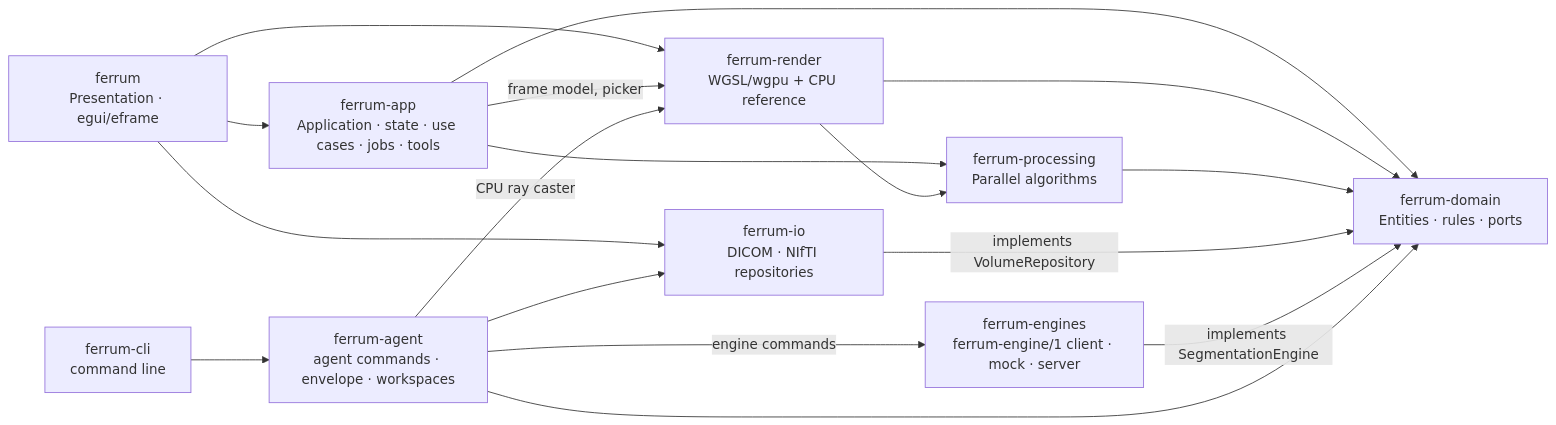
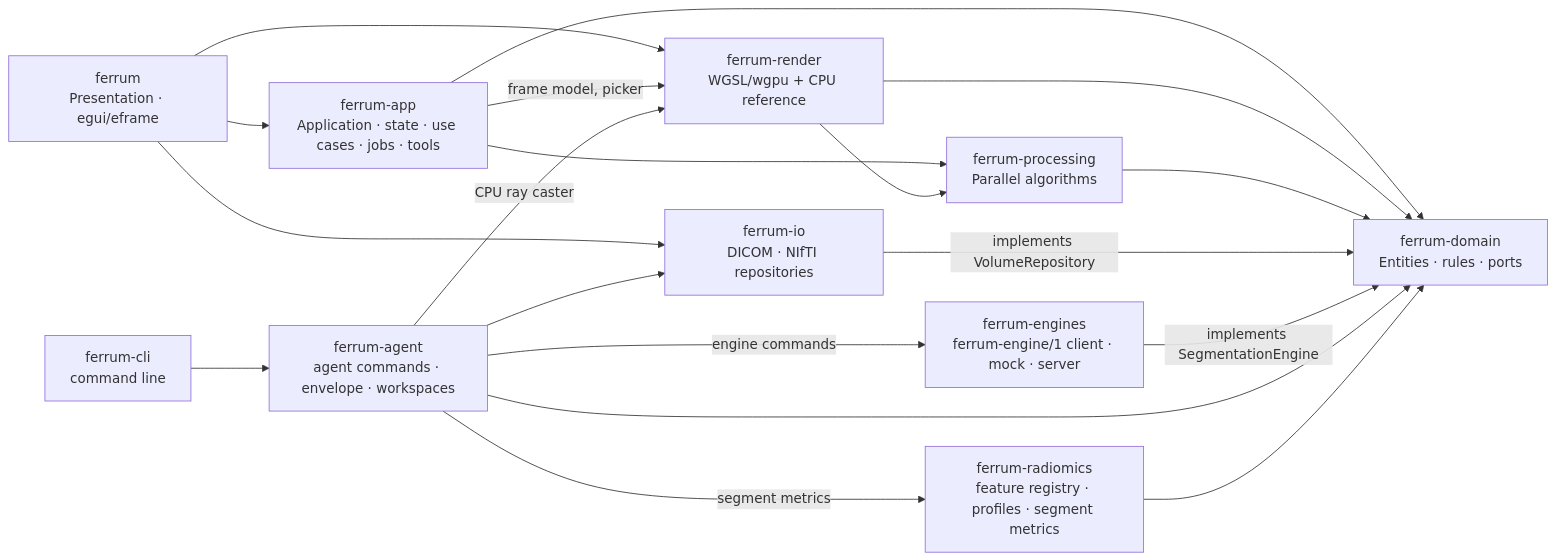
The first of 2 diagrams in docs/architecture.md (Kauter1989/ferrum), drawn with Mermaid before and after one commit. The commit also changed other lines of this file and 33 other files, not shown here.

First line of the commit message:
feat: segment metrics with the quick profile, new crate ferrum-radiomics (18.T1)

````diff
--- a/docs/architecture.md
+++ b/docs/architecture.md
@@ -19,29 +19,32 @@
 ```mermaid
 flowchart LR
     V["ferrum<br/>Presentation · egui/eframe"]
     A["ferrum-app<br/>Application · state · use cases · jobs · tools"]
     D["ferrum-domain<br/>Entities · rules · ports"]
     P["ferrum-processing<br/>Parallel algorithms"]
     R["ferrum-render<br/>WGSL/wgpu + CPU reference"]
     IO["ferrum-io<br/>DICOM · NIfTI repositories"]
     EN["ferrum-engines<br/>ferrum-engine/1 client · mock · server"]
+    RX["ferrum-radiomics<br/>feature registry · profiles · segment metrics"]
     AG["ferrum-agent<br/>agent commands · envelope · workspaces"]
     CLI["ferrum-cli<br/>command line"]
 
     V --> A
     V --> R
     V --> IO
     A --> D
     A --> P
     A -->|"frame model, picker"| R
     R --> D
     R --> P
     P --> D
     IO -->|"implements VolumeRepository"| D
     EN -->|"implements SegmentationEngine"| D
     CLI --> AG
     AG --> D
     AG --> IO
     AG -->|"CPU ray caster"| R
     AG -->|"engine commands"| EN
+    AG -->|"segment metrics"| RX
+    RX --> D
 ```
````
